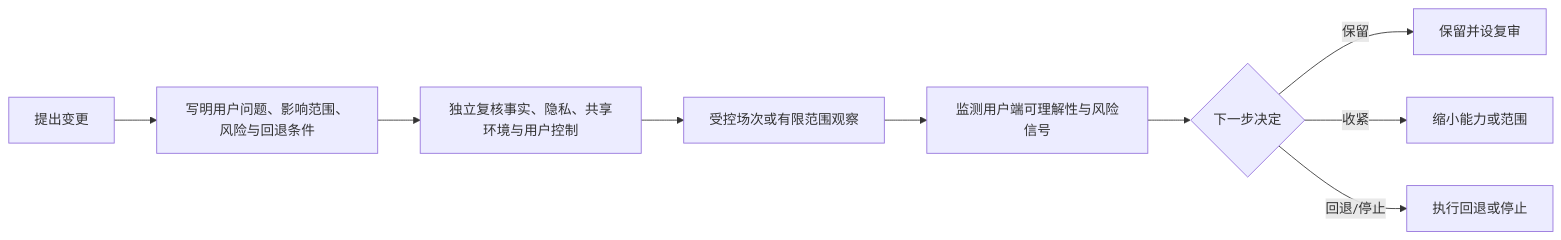
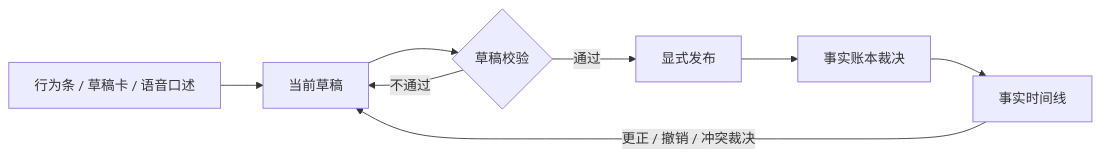
Before and after one commit to weiz98417-crypto/qiuqiu: the second of 2 diagrams in docs/球球全套资料/4.产品设计/39-实战导演台与运营配置设计.md, drawn with Mermaid. The commit also changed other lines of this file and 49 other files, not shown here.

````diff
--- a/docs/球球全套资料/4.产品设计/39-实战导演台与运营配置设计.md
+++ b/docs/球球全套资料/4.产品设计/39-实战导演台与运营配置设计.md
@@ -577,11 +137,10 @@
 ```mermaid
 flowchart LR
-    A[提出变更] --> B[写明用户问题、影响范围、风险与回退条件]
-    B --> C[独立复核事实、隐私、共享环境与用户控制]
-    C --> D[受控场次或有限范围观察]
-    D --> E[监测用户端可理解性与风险信号]
-    E --> F{下一步决定}
-    F -->|保留| G[保留并设复审]
-    F -->|收紧| H[缩小能力或范围]
-    F -->|回退/停止| I[执行回退或停止]
+    A[行为条 / 草稿卡 / 语音口述] --> B[当前草稿]
+    B --> C{草稿校验}
+    C -->|不通过| B
+    C -->|通过| D[显式发布]
+    D --> E[事实账本裁决]
+    E --> F[事实时间线]
+    F -->|更正 / 撤销 / 冲突裁决| B
 ```
````
